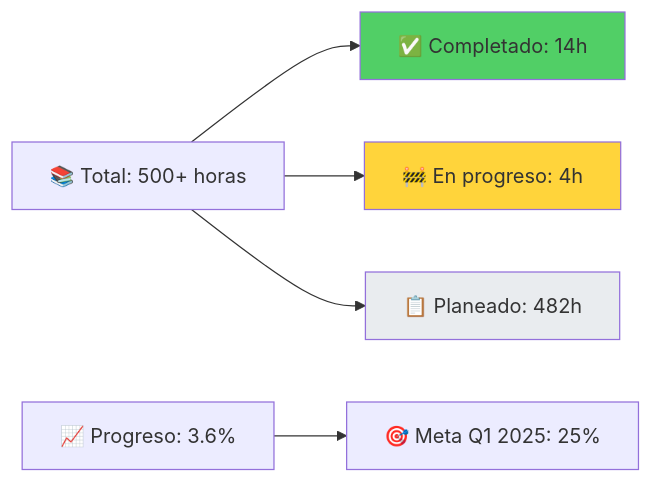
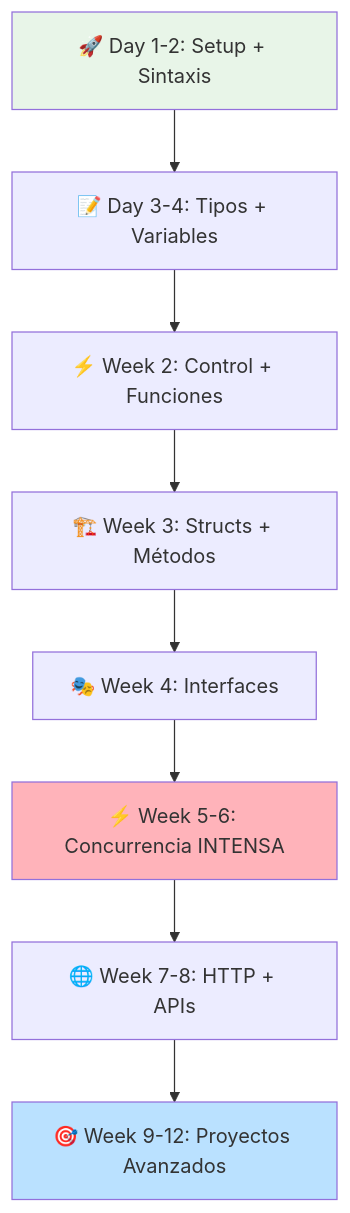
The tenth of 18 diagrams in README.md (sazardev/go-deep), drawn with Mermaid before and after one commit. The commit also changed other lines of this file and 19 other files, not shown here.

````diff
--- a/README.md
+++ b/README.md
@@ -157,12 +531,14 @@
 ```mermaid
-graph LR
-    A[📚 Total: 500+ horas] --> B[✅ Completado: 14h]
-    A --> C[🚧 En progreso: 4h]  
-    A --> D[📋 Planeado: 482h]
+flowchart TD
+    A[🚀 Day 1-2: Setup + Sintaxis] --> B[📝 Day 3-4: Tipos + Variables]
+    B --> C[⚡ Week 2: Control + Funciones]
+    C --> D[🏗️ Week 3: Structs + Métodos]
+    D --> E[🎭 Week 4: Interfaces]
+    E --> F[⚡ Week 5-6: Concurrencia INTENSA]
+    F --> G[🌐 Week 7-8: HTTP + APIs]
+    G --> H[🎯 Week 9-12: Proyectos Avanzados]
     
-    E[📈 Progreso: 3.6%] --> F[🎯 Meta Q1 2025: 25%]
-    
-    style B fill:#51cf66
-    style C fill:#ffd43b
-    style D fill:#e9ecef
+    style A fill:#e8f5e8
+    style F fill:#ffb3ba
+    style H fill:#bae1ff
 ```
````
